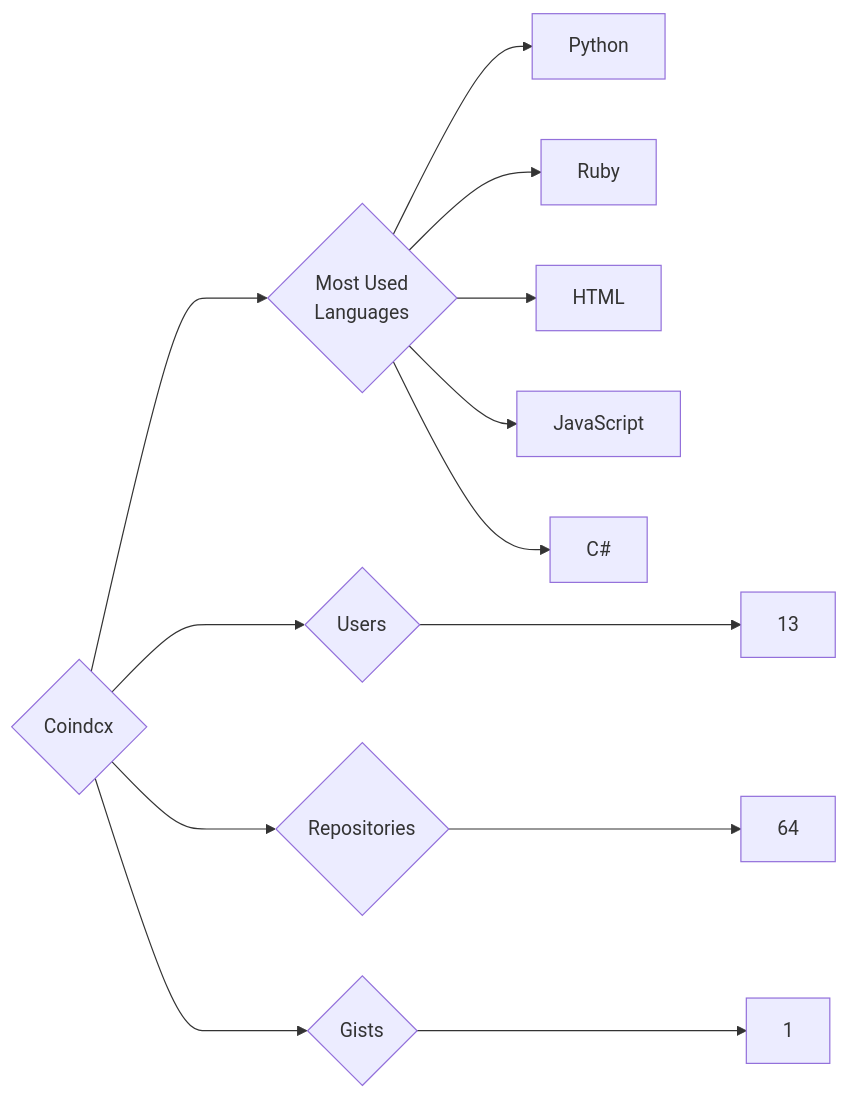
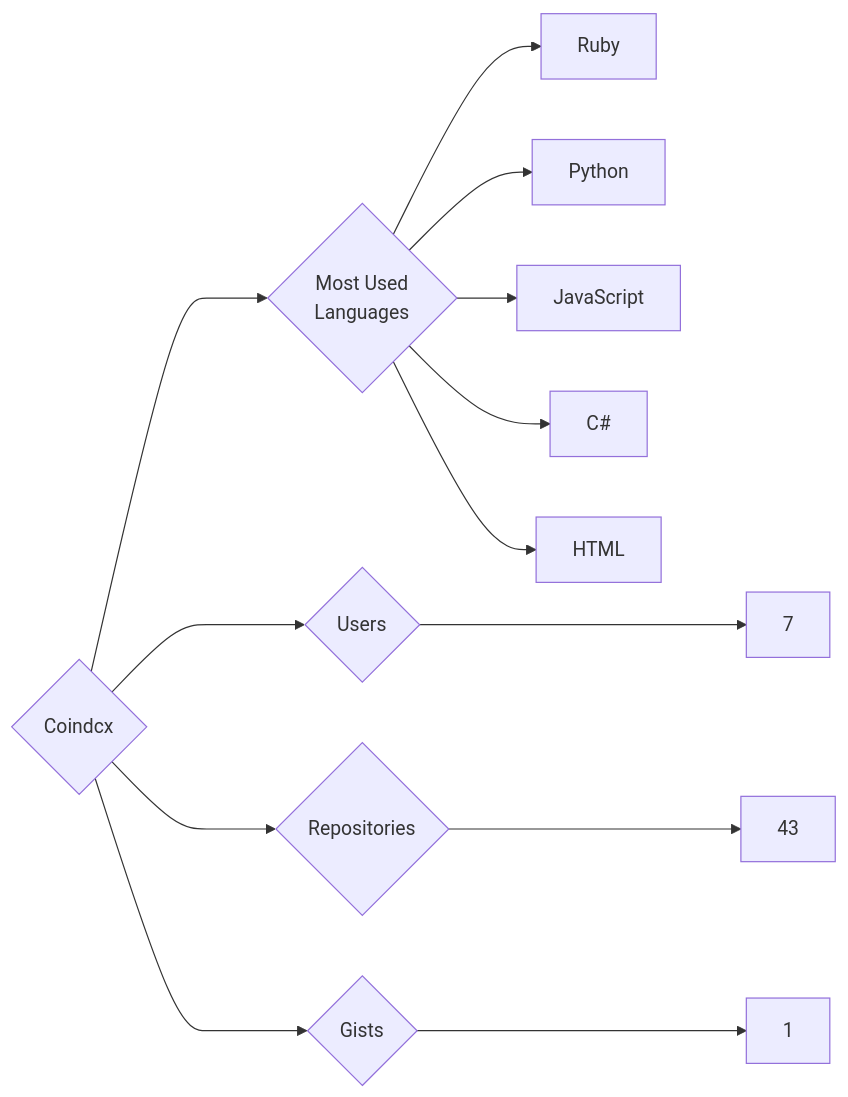
The diagram in targets/Coindcx/README.md (trickest/insiders), drawn with Mermaid before and after one commit. The commit also changed 1123 other files, not shown here.

````diff
--- a/targets/Coindcx/README.md
+++ b/targets/Coindcx/README.md
@@ -3,13 +3,13 @@
 ```mermaid
 graph LR
 COMPANY_NAME{Coindcx}
-COMPANY_NAME ---> U{Users} ---> UN[13]
-COMPANY_NAME ---> R{Repositories} ---> RN[64]
+COMPANY_NAME ---> U{Users} ---> UN[7]
+COMPANY_NAME ---> R{Repositories} ---> RN[43]
 COMPANY_NAME ---> G{Gists} ---> GN[1]
 COMPANY_NAME ---> ML{Most Used<br>Languages}
+ML --> Ruby[Ruby]
 ML --> Python[Python]
-ML --> Ruby[Ruby]
-ML --> HTML[HTML]
 ML --> JavaScript[JavaScript]
 ML --> C#[C#]
+ML --> HTML[HTML]
 ```
````
